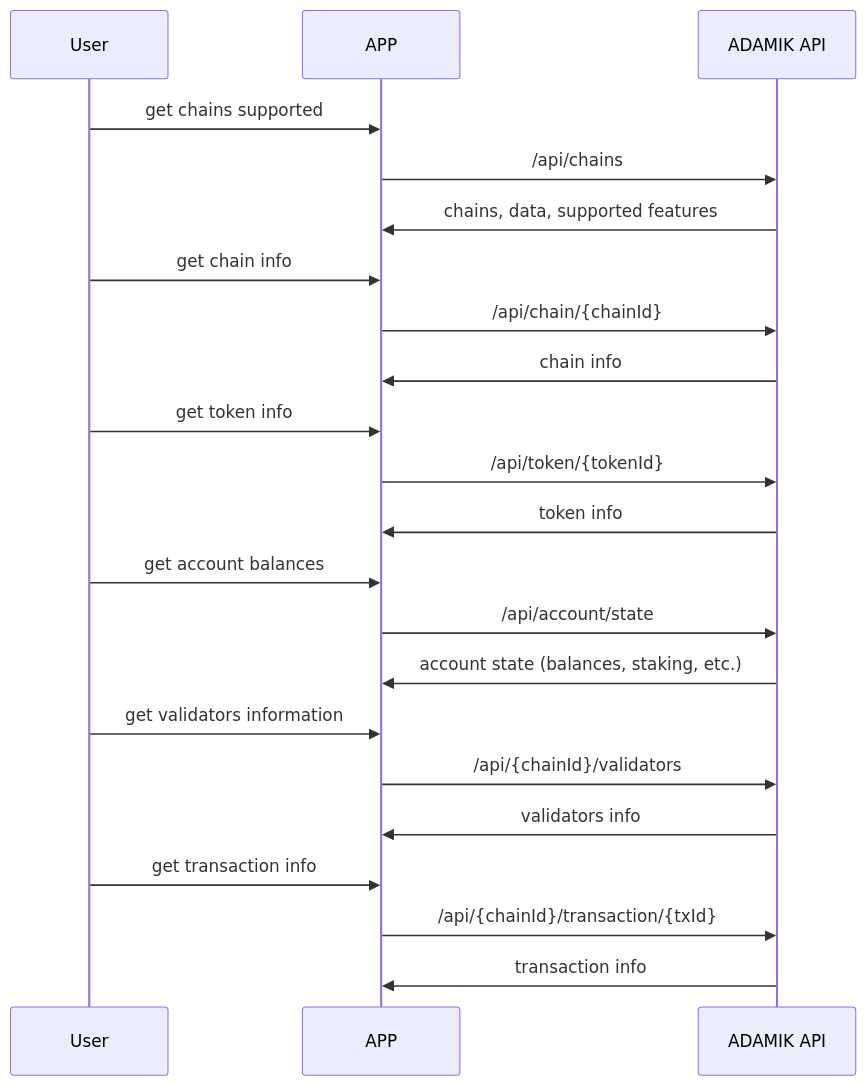
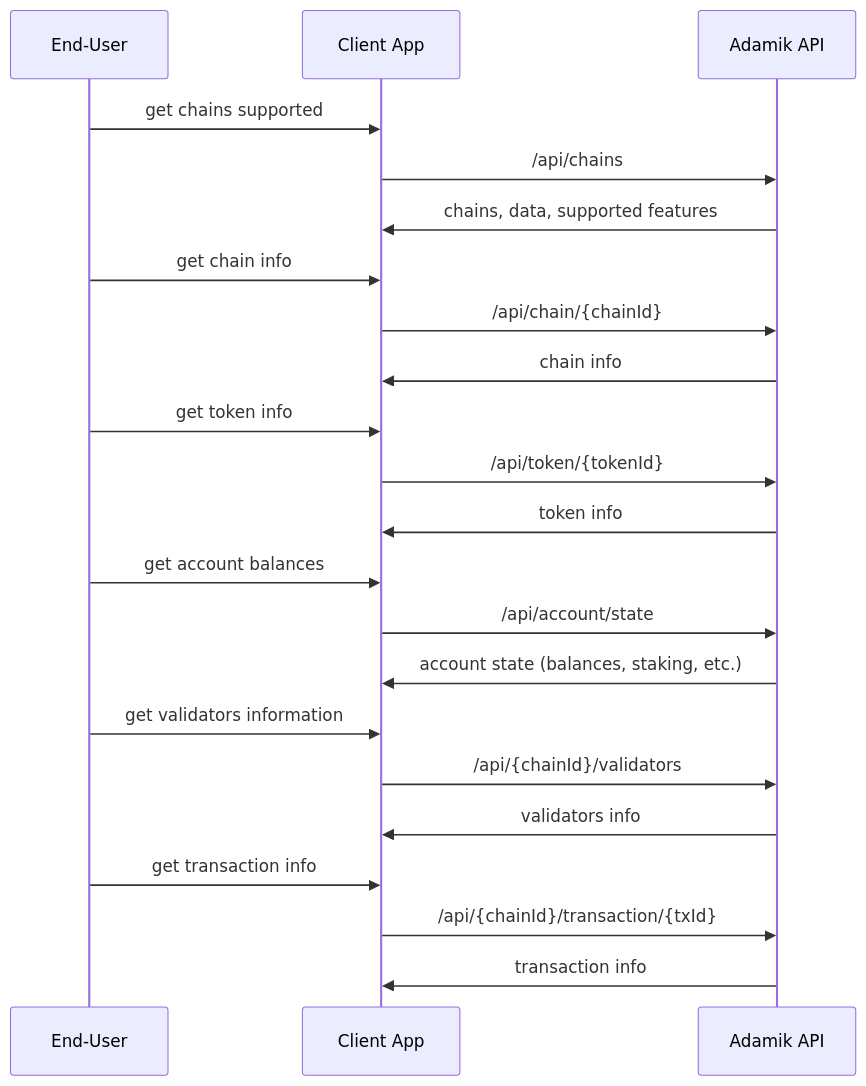
The diagram in api-reference/read_API_overview_and_interaction_flow.mdx (AdamikHQ/adamik-documentation), drawn with Mermaid before and after one commit. The commit also changed 2 other files, not shown here.

Commit message:
update look & feel on diagram

````diff
--- a/api-reference/read_API_overview_and_interaction_flow.mdx
+++ b/api-reference/read_API_overview_and_interaction_flow.mdx
@@ -7,30 +7,30 @@
 ```mermaid
 sequenceDiagram
-    participant User
-    participant APP
-    participant ADAMIK API
+    participant USER as End-User
+    participant APP as Client App
+    participant ADAMIK as Adamik API
 
-    User->>APP: get chains supported
-    APP->>ADAMIK API: /api/chains
-    ADAMIK API->>APP: chains, data, supported features
+    USER->>APP: get chains supported
+    APP->>ADAMIK: /api/chains
+    ADAMIK->>APP: chains, data, supported features
 
-    User->>APP: get chain info
-    APP->>ADAMIK API: /api/chain/{chainId}
-    ADAMIK API->>APP: chain info
+    USER->>APP: get chain info
+    APP->>ADAMIK: /api/chain/{chainId}
+    ADAMIK->>APP: chain info
 
-    User->>APP: get token info
-    APP->>ADAMIK API: /api/token/{tokenId}
-    ADAMIK API->>APP: token info
+    USER->>APP: get token info
+    APP->>ADAMIK: /api/token/{tokenId}
+    ADAMIK->>APP: token info
 
-    User->>APP: get account balances
-    APP->>ADAMIK API: /api/account/state
-    ADAMIK API->>APP: account state (balances, staking, etc.)
+    USER->>APP: get account balances
+    APP->>ADAMIK: /api/account/state
+    ADAMIK->>APP: account state (balances, staking, etc.)
 
-    User->>APP: get validators information
-    APP->>ADAMIK API: /api/{chainId}/validators
-    ADAMIK API->>APP: validators info
+    USER->>APP: get validators information
+    APP->>ADAMIK: /api/{chainId}/validators
+    ADAMIK->>APP: validators info
 
-    User->>APP: get transaction info
-    APP->>ADAMIK API: /api/{chainId}/transaction/{txId}
-    ADAMIK API->>APP: transaction info
+    USER->>APP: get transaction info
+    APP->>ADAMIK: /api/{chainId}/transaction/{txId}
+    ADAMIK->>APP: transaction info
 ```
````
